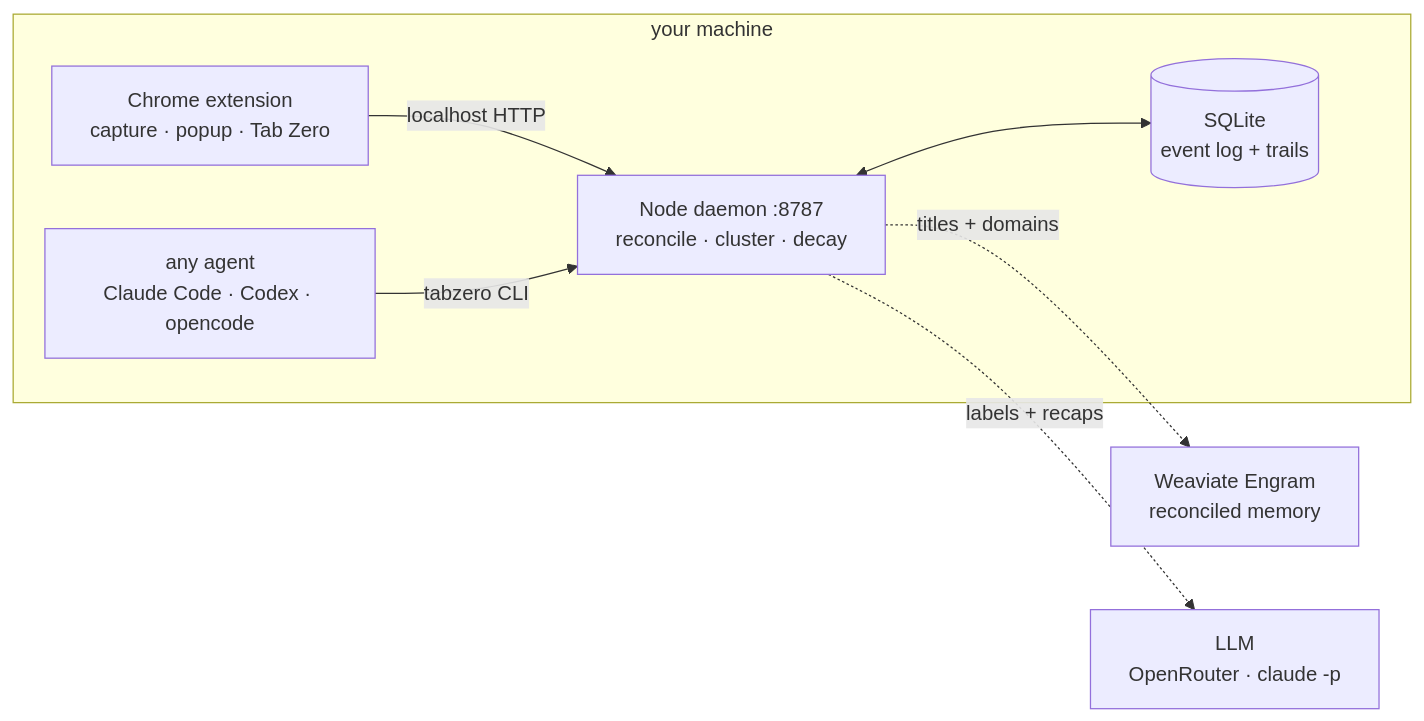
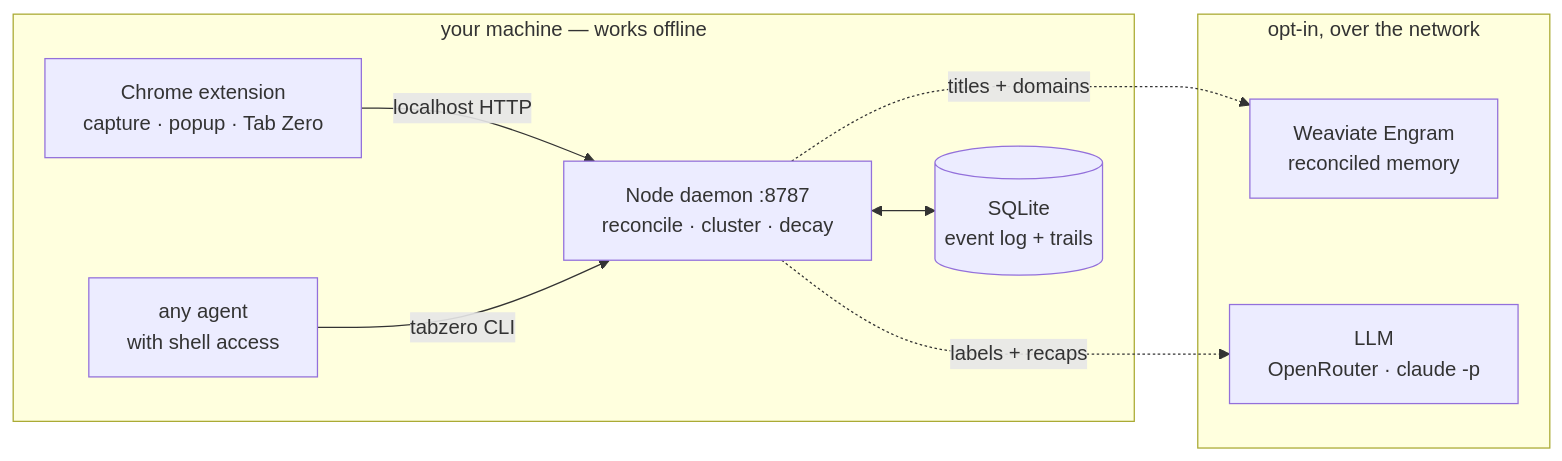
The diagram in README.md (prajjwalyd/TabZero), drawn with Mermaid before and after one commit. The commit also changed other lines of this file, not shown here.

Commit message:
fix(docs): clarify flowchart labels and improve local machine description

````diff
--- a/README.md
+++ b/README.md
@@ -36,17 +36,19 @@
 ```mermaid
 flowchart LR
-  subgraph machine["your machine"]
+  subgraph local["your machine — works offline"]
     ext["Chrome extension<br/>capture · popup · Tab Zero"]
-    agent["any agent<br/>Claude Code · Codex · opencode"]
+    agent["any agent<br/>with shell access"]
     daemon["Node daemon :8787<br/>reconcile · cluster · decay"]
     db[("SQLite<br/>event log + trails")]
+    ext -->|"localhost HTTP"| daemon
+    agent -->|"tabzero CLI"| daemon
+    daemon <--> db
   end
-  engram["Weaviate Engram<br/>reconciled memory"]
-  llm["LLM<br/>OpenRouter · claude -p"]
-
-  ext -->|"localhost HTTP"| daemon
-  agent -->|"tabzero CLI"| daemon
-  daemon <--> db
+  subgraph net["opt-in, over the network"]
+    engram["Weaviate Engram<br/>reconciled memory"]
+    llm["LLM<br/>OpenRouter · claude -p"]
+  end
   daemon -.->|"titles + domains"| engram
   daemon -.->|"labels + recaps"| llm
+  db ~~~ engram
 ```
````
